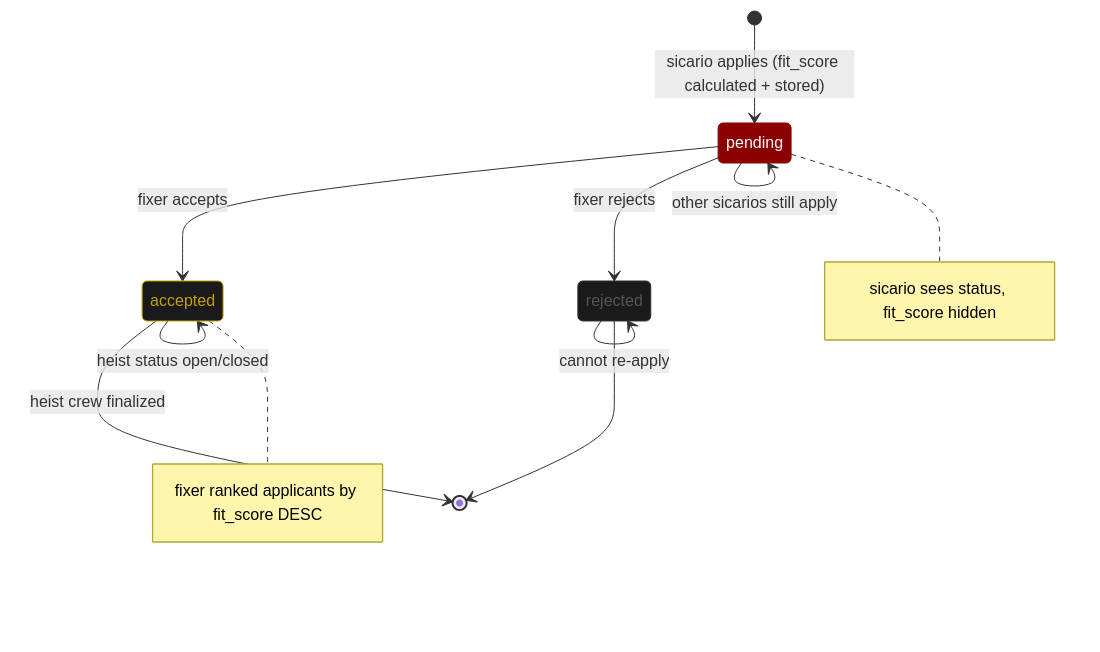
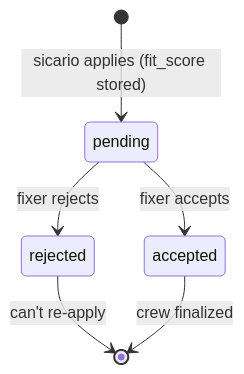
Before and after one commit to ArushJain-697/Hacknite: the third of 3 diagrams in README.md, drawn with Mermaid. The commit also changed other lines of this file and 3 other files, not shown here.

````diff
--- a/README.md
+++ b/README.md
@@ -67,22 +109,8 @@
 ```mermaid
 stateDiagram-v2
-    [*] --> pending : sicario applies (fit_score calculated + stored)
-    pending --> accepted : fixer accepts
-    pending --> rejected : fixer rejects
-    accepted --> accepted : heist status open/closed
-    rejected --> rejected : cannot re-apply
-    pending --> pending : other sicarios still apply
-    accepted --> [*] : heist crew finalized
-    rejected --> [*]
-
-    note right of pending : sicario sees status, fit_score hidden
-    note right of accepted : fixer ranked applicants by fit_score DESC
-
-    classDef blood fill:#8B0000,color:#fff,stroke:#8B0000
-    classDef gold fill:#1a1a1a,color:#c0a000,stroke:#c0a000
-    classDef dead fill:#1a1a1a,color:#555,stroke:#333
-
-    class pending blood
-    class accepted gold
-    class rejected dead
+    [*] --> pending: sicario applies (fit_score stored)
+    pending --> accepted: fixer accepts
+    pending --> rejected: fixer rejects
+    rejected --> [*]: can't re-apply
+    accepted --> [*]: crew finalized
 ```
````
